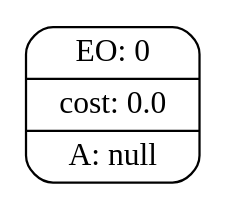
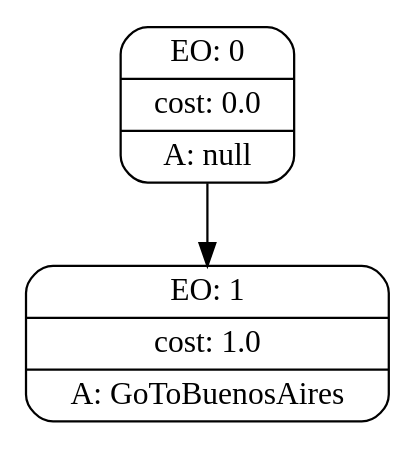
Before and after one commit to marianoferesin/TPIA: the diagram in searchGVTrees/0.dot, drawn with Graphviz. The commit also changed 3 other files, not shown here.

```diff
--- a/searchGVTrees/0.dot
+++ b/searchGVTrees/0.dot
@@ -1,6 +1,9 @@
 digraph g {
 node [shape = Mrecord];
 nodo0[label="{EO: 0|cost: 0.0|A: null}"]
+nodo1[label="{EO: 1|cost: 1.0|A: GoToBuenosAires}"]
+
+nodo0 -> nodo1;
 
 
 }
```
